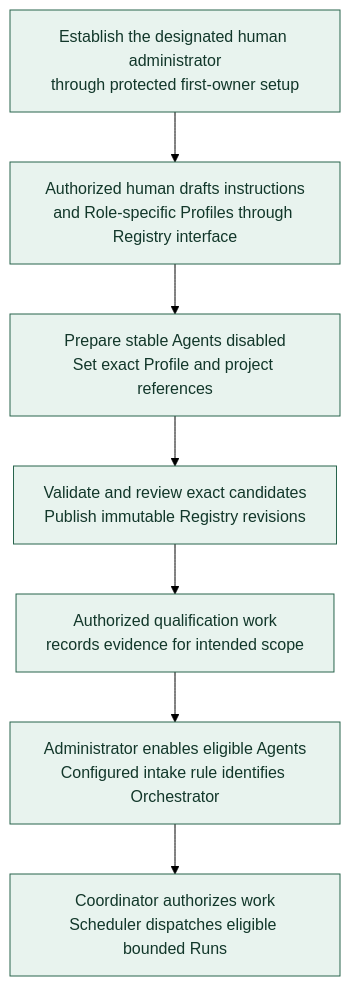
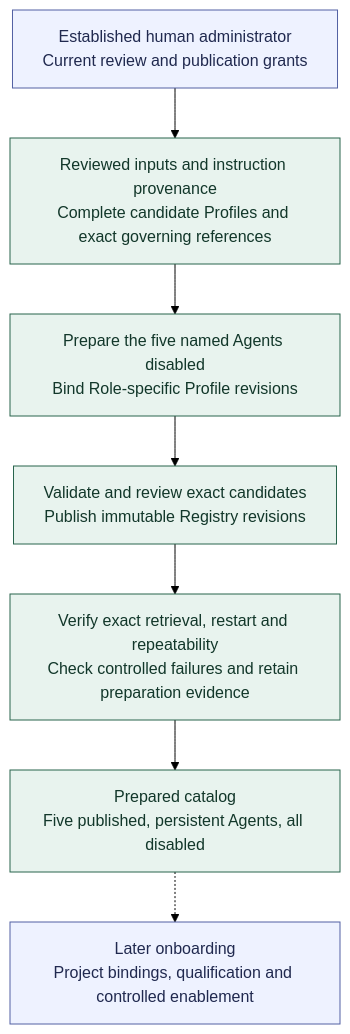
One commit to andrii2g/mobiraeon changed the diagram in docs/diagrams/first-agent-preparation.md. Above: the diagram before and after it, drawn with Mermaid (forest theme). The commit also changed other lines of this file and 11 other files, not shown here.

````diff
--- a/docs/diagrams/first-agent-preparation.md
+++ b/docs/diagrams/first-agent-preparation.md
@@ -5,17 +5,19 @@
 ```mermaid
 ---
 config:
   flowchart:
     wrappingWidth: 270
 ---
 flowchart TB
-    ACCESS["Establish the designated human administrator<br/>through protected first-owner setup"] --> BOOT["Authorized human drafts instructions<br/>and Role-specific Profiles through Registry interface"]
-    BOOT --> CREATE["Prepare stable Agents disabled<br/>Set exact Profile and project references"]
+    ADMIN["Established human administrator<br/>Current review and publication grants"] --> INPUTS["Reviewed inputs and instruction provenance<br/>Complete candidate Profiles and exact governing references"]
+    INPUTS --> CREATE["Prepare the five named Agents disabled<br/>Bind Role-specific Profile revisions"]
     CREATE --> PUBLISH["Validate and review exact candidates<br/>Publish immutable Registry revisions"]
-    PUBLISH --> QUALIFY["Authorized qualification work<br/>records evidence for intended scope"]
-    QUALIFY --> ENABLE["Administrator enables eligible Agents<br/>Configured intake rule identifies Orchestrator"]
-    ENABLE --> COORD["Coordinator authorizes work<br/>Scheduler dispatches eligible bounded Runs"]
+    PUBLISH --> EVIDENCE["Verify exact retrieval, restart and repeatability<br/>Check controlled failures and retain preparation evidence"]
+    EVIDENCE --> PREPARED["Prepared catalog<br/>Five published, persistent Agents, all disabled"]
+    PREPARED -.-> LATER["Later onboarding<br/>Project bindings, qualification and controlled enablement"]
 
     classDef agreed fill:#e8f3ee,stroke:#28644d,color:#12372a;
-    class ACCESS,BOOT,CREATE,PUBLISH,QUALIFY,ENABLE,COORD agreed;
+    classDef boundary fill:#eef2ff,stroke:#5261a3,color:#20294f;
+    class INPUTS,CREATE,PUBLISH,EVIDENCE,PREPARED agreed;
+    class ADMIN,LATER boundary;
 ```
````
